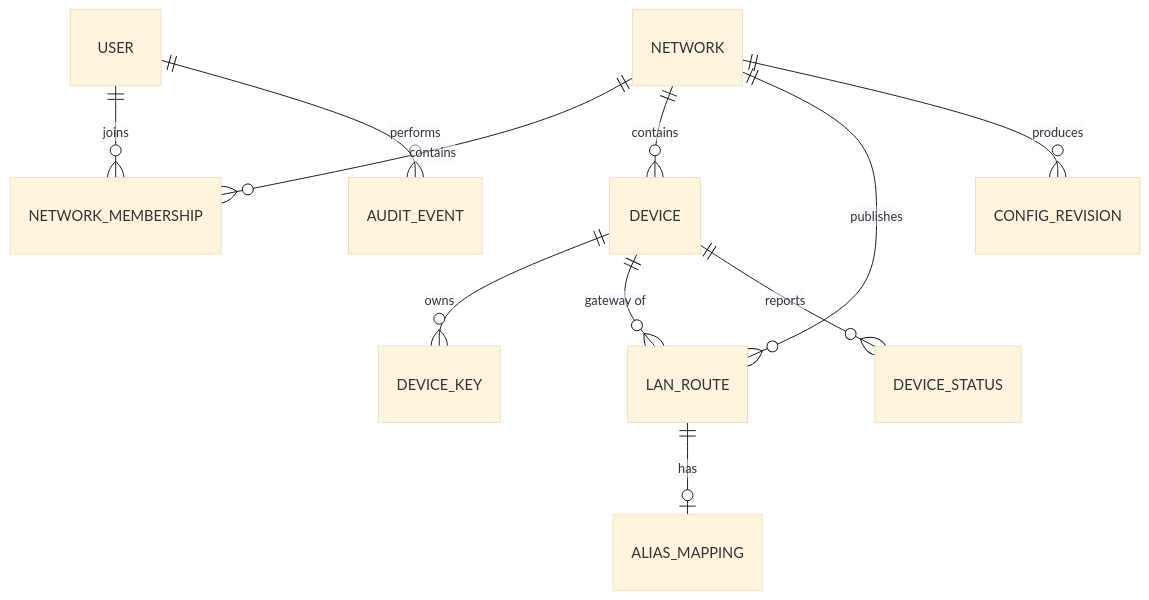
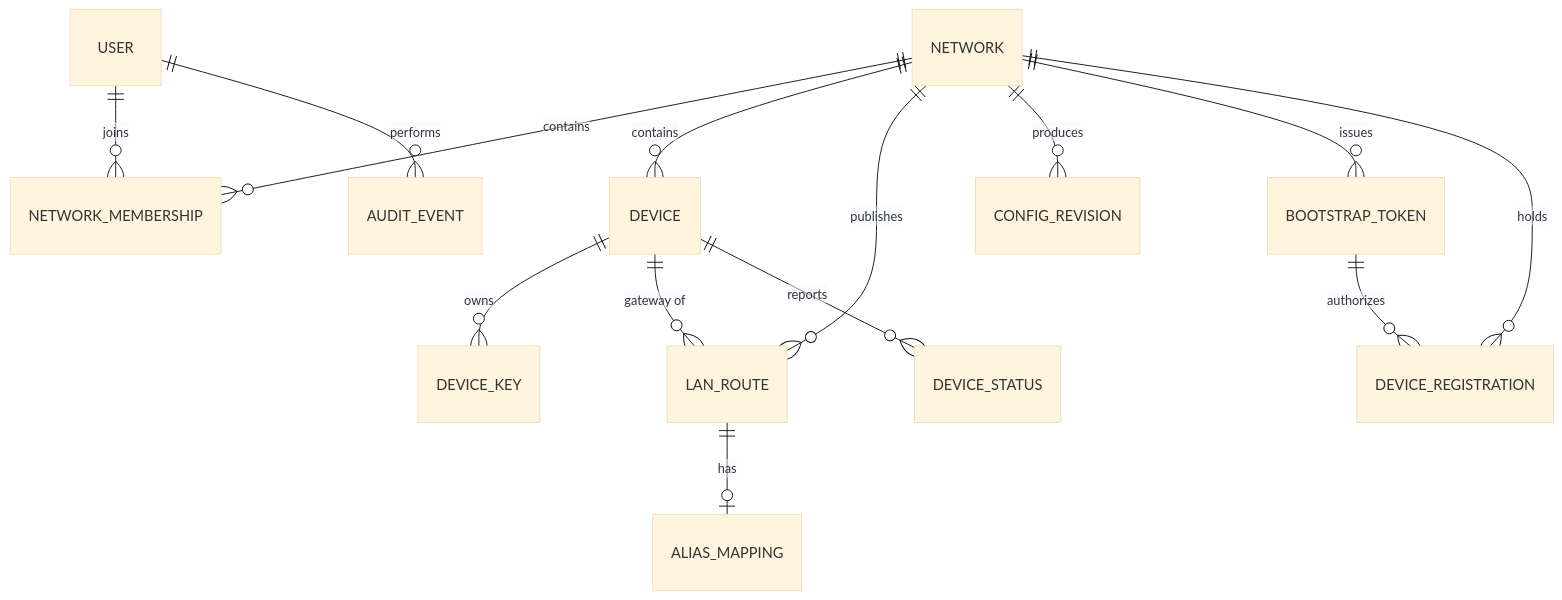
Before and after one commit to cuihairu/meshlet: the diagram in docs/architecture/domain-model.md, drawn with Mermaid (base theme). The commit also changed other lines of this file and 2 other files, not shown here.

Commit message:
docs: align domain model with device self registration

````diff
--- a/docs/architecture/domain-model.md
+++ b/docs/architecture/domain-model.md
@@ -7,13 +7,16 @@
 ```mermaid
 erDiagram
     USER ||--o{ NETWORK_MEMBERSHIP : joins
     NETWORK ||--o{ NETWORK_MEMBERSHIP : contains
     NETWORK ||--o{ DEVICE : contains
     DEVICE ||--o{ DEVICE_KEY : owns
     NETWORK ||--o{ LAN_ROUTE : publishes
     DEVICE ||--o{ LAN_ROUTE : "gateway of"
     LAN_ROUTE ||--o| ALIAS_MAPPING : has
     NETWORK ||--o{ CONFIG_REVISION : produces
     DEVICE ||--o{ DEVICE_STATUS : reports
     USER ||--o{ AUDIT_EVENT : performs
+    NETWORK ||--o{ BOOTSTRAP_TOKEN : issues
+    BOOTSTRAP_TOKEN ||--o{ DEVICE_REGISTRATION : authorizes
+    NETWORK ||--o{ DEVICE_REGISTRATION : holds
 ```
````
